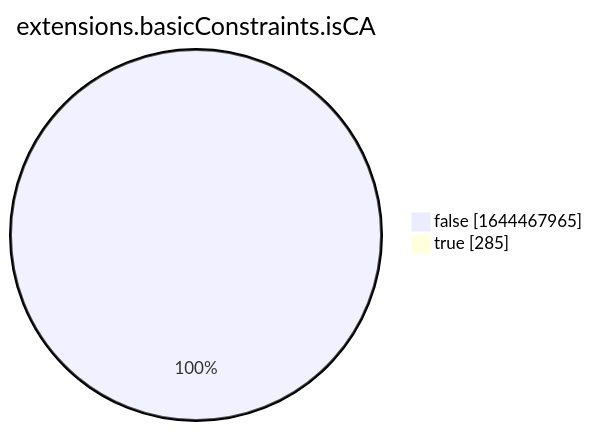
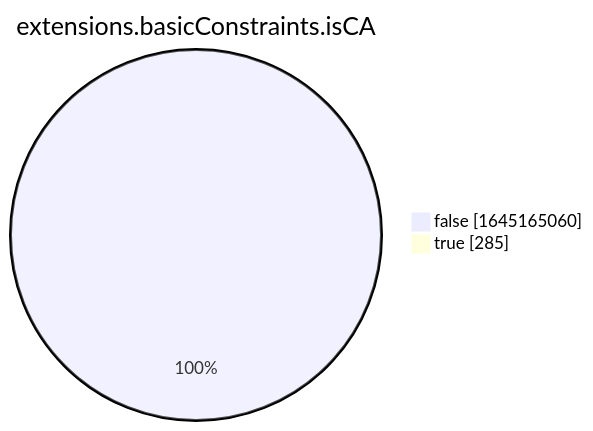
Before and after one commit to christiankrug/ctmonitor_visualization: the eighth of 15 diagrams in xenon2022/README.md, drawn with Mermaid. The commit also changed other lines of this file, not shown here.

````diff
--- a/xenon2022/README.md
+++ b/xenon2022/README.md
@@ -2863,6 +2863,6 @@
 ```mermaid
 pie showData
 title extensions.basicConstraints.isCA
-"false" :1644467965
+"false" :1645165060
 "true" :285
 ```
````
